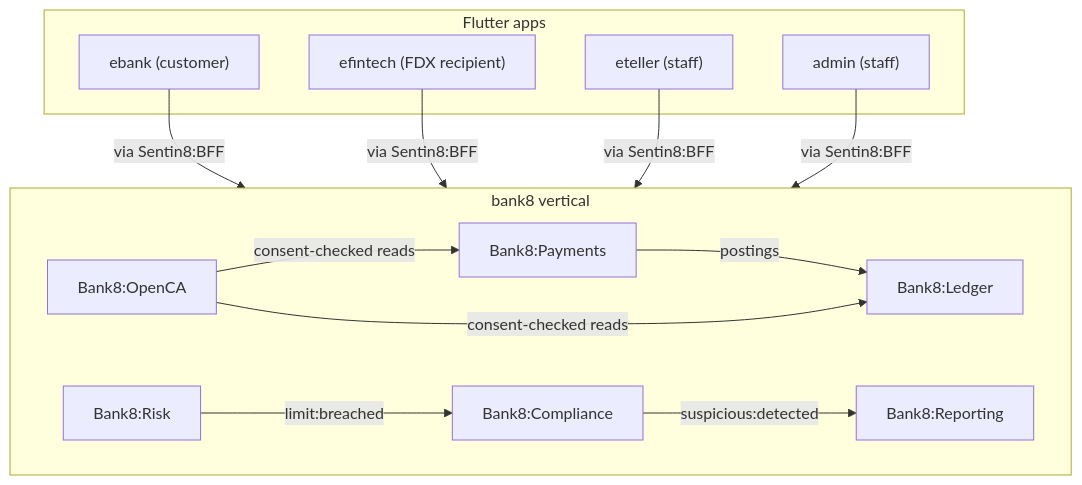
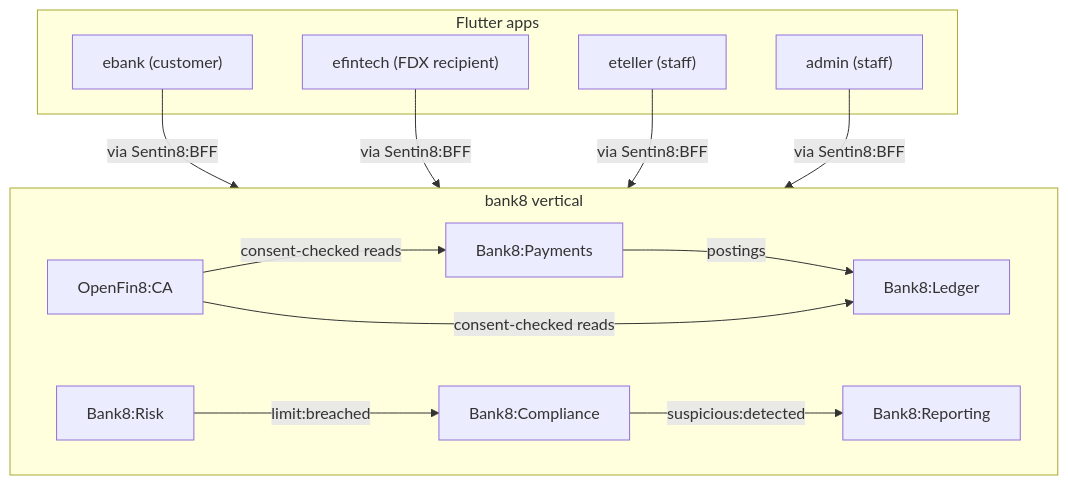
The diagram in docs/index.md (Bank8-dev/bank8-site), drawn with Mermaid before and after one commit. The commit also changed other lines of this file and 207 other files, not shown here.

First line of the commit message:
OBVERT: the site serves the OpenFin8 vertical

````diff
--- a/docs/index.md
+++ b/docs/index.md
@@ -14,22 +14,22 @@
 ```mermaid
 graph TD
     subgraph apps["Flutter apps"]
         EB["ebank (customer)"]
         EF["efintech (FDX recipient)"]
         ET["eteller (staff)"]
         AD["admin (staff)"]
     end
     subgraph vertical["bank8 vertical"]
         LEDGER["Bank8:Ledger"]
         PAY["Bank8:Payments"]
-        FDX["Bank8:OpenCA"]
+        FDX["OpenFin8:CA"]
         RPT["Bank8:Reporting"]
         RSK["Bank8:Risk"]
         CMP["Bank8:Compliance"]
     end
     EB & EF & ET & AD -->|"via Sentin8:BFF"| vertical
     PAY -->|"postings"| LEDGER
     FDX -->|"consent-checked reads"| LEDGER & PAY
     CMP -->|"suspicious:detected"| RPT
     RSK -->|"limit:breached"| CMP
 ```
````
